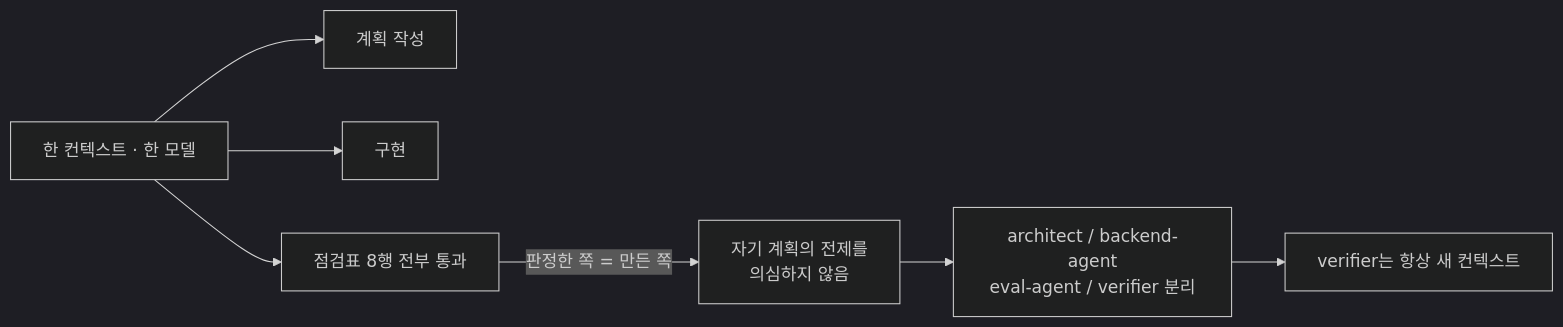
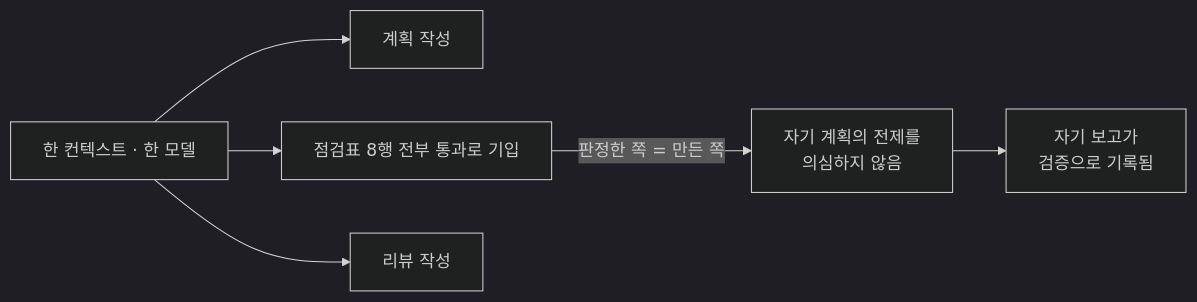
One commit to SunWoo1213/Relationship changed the third of 9 diagrams in README.md. Above: the diagram before and after it, drawn with Mermaid (dark theme). The commit also changed other lines of this file, not shown here.

````diff
--- a/README.md
+++ b/README.md
@@ -145,9 +184,8 @@
 ```mermaid
 flowchart LR
-  A[한 컨텍스트 · 한 모델] --> P[계획 작성]
-  A --> I[구현]
-  A --> V["점검표 8행 전부 통과"]
-  V -->|판정한 쪽 = 만든 쪽| B[자기 계획의 전제를<br/>의심하지 않음]
-  B --> S[architect / backend-agent<br/>eval-agent / verifier 분리]
-  S --> N[verifier는 항상 새 컨텍스트]
+  A["한 컨텍스트 · 한 모델"] --> P["계획 작성"]
+  A --> V["점검표 8행 전부 통과로 기입"]
+  A --> R["리뷰 작성"]
+  V -->|"판정한 쪽 = 만든 쪽"| B["자기 계획의 전제를<br/>의심하지 않음"]
+  B --> F["자기 보고가<br/>검증으로 기록됨"]
 ```
````
